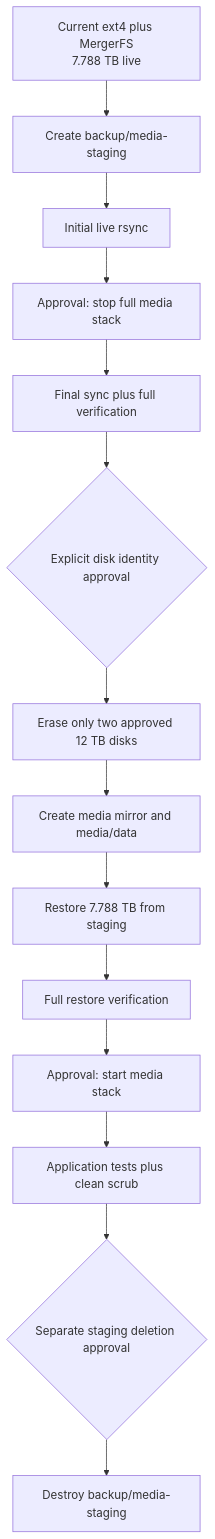
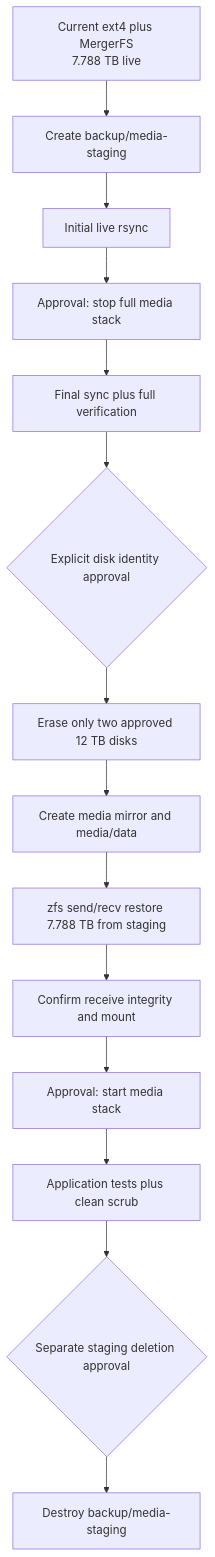
Before and after one commit to catgrep/nixos-config: the diagram in .planning/SER8-ZFS-MIRROR-MIGRATION.md, drawn with Mermaid. The commit also changed other lines of this file and 3 other files, not shown here.

````diff
--- a/.planning/SER8-ZFS-MIRROR-MIGRATION.md
+++ b/.planning/SER8-ZFS-MIRROR-MIGRATION.md
@@ -337,16 +345,16 @@
 ```mermaid
 flowchart TD
     A[Current ext4 plus MergerFS<br/>7.788 TB live] --> B[Create backup/media-staging]
     B --> C[Initial live rsync]
     C --> D[Approval: stop full media stack]
     D --> E[Final sync plus full verification]
     E --> F{Explicit disk identity approval}
     F --> G[Erase only two approved 12 TB disks]
     G --> H[Create media mirror and media/data]
-    H --> I[Restore 7.788 TB from staging]
-    I --> J[Full restore verification]
+    H --> I[zfs send/recv restore 7.788 TB from staging]
+    I --> J[Confirm receive integrity and mount]
     J --> K[Approval: start media stack]
     K --> L[Application tests plus clean scrub]
     L --> M{Separate staging deletion approval}
     M --> N[Destroy backup/media-staging]
 ```
````
